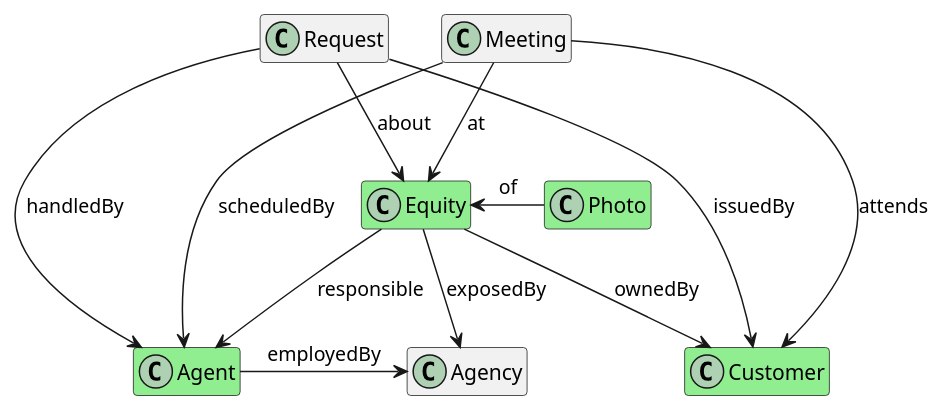
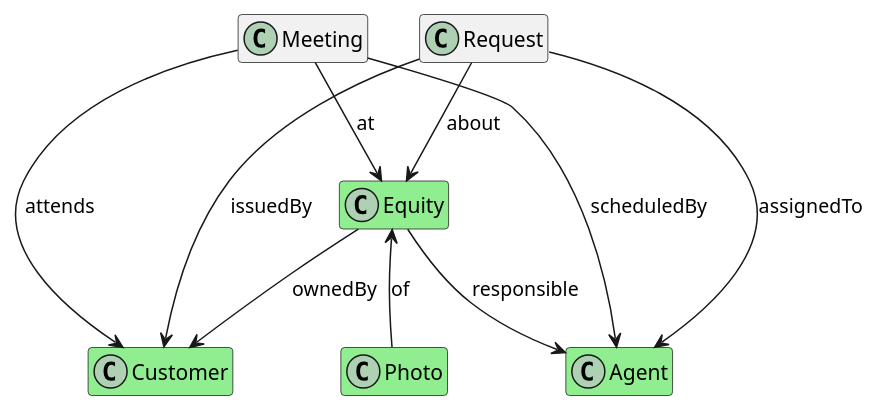
One commit to vantonov1/meet changed the diagram in meet.puml. Above: the diagram before and after it, drawn with PlantUML. The commit also changed 21 other files, not shown here.

```diff
--- a/meet.puml
+++ b/meet.puml
@@ -1,24 +1,21 @@
 @startuml
 
 hide members
 class Equity #lightgreen
 class Photo #lightgreen
 class Agent #lightgreen
 class Customer #lightgreen
 
-Equity <- Photo: of
+Equity <-- Photo: of
 Equity --> Customer : ownedBy
-Equity --> Agency  : exposedBy
 Equity --> Agent : responsible
-
-Agent -> Agency : employedBy
 
 Meeting --> Agent : scheduledBy
 Meeting --> Customer : attends
 Meeting --> Equity : at
 
-Request --> Agent : handledBy
+Request --> Equity : about
 Request --> Customer : issuedBy
-Request --> Equity : about
+Request --> Agent : assignedTo
 
 @enduml
```
